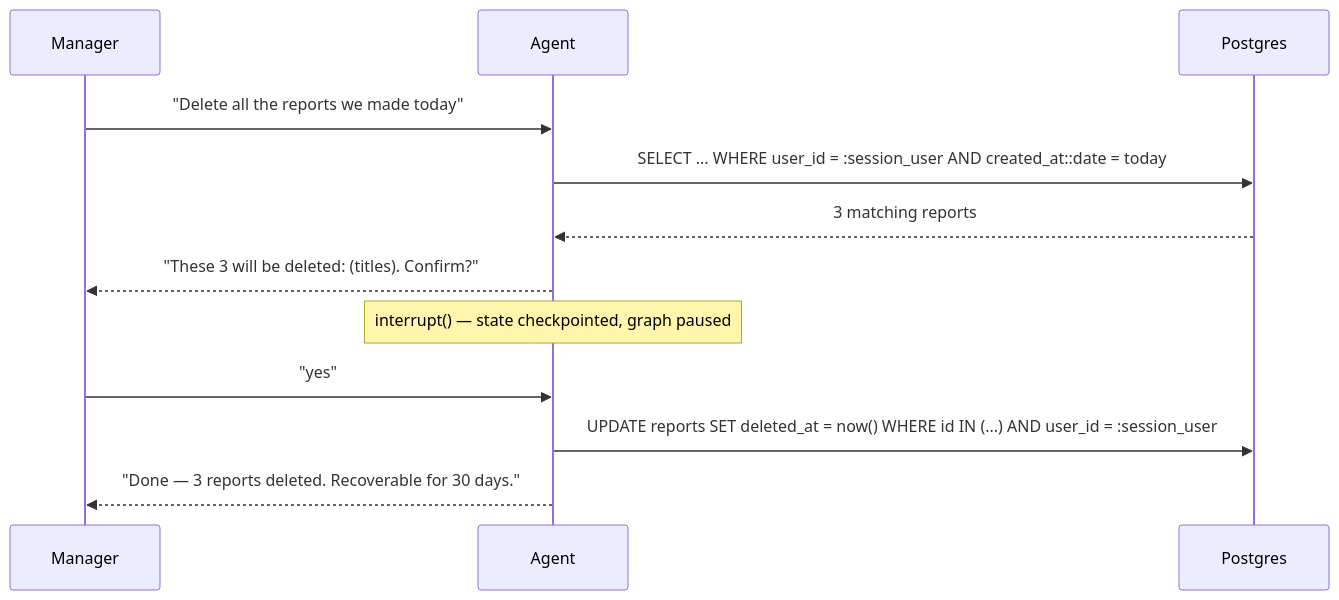
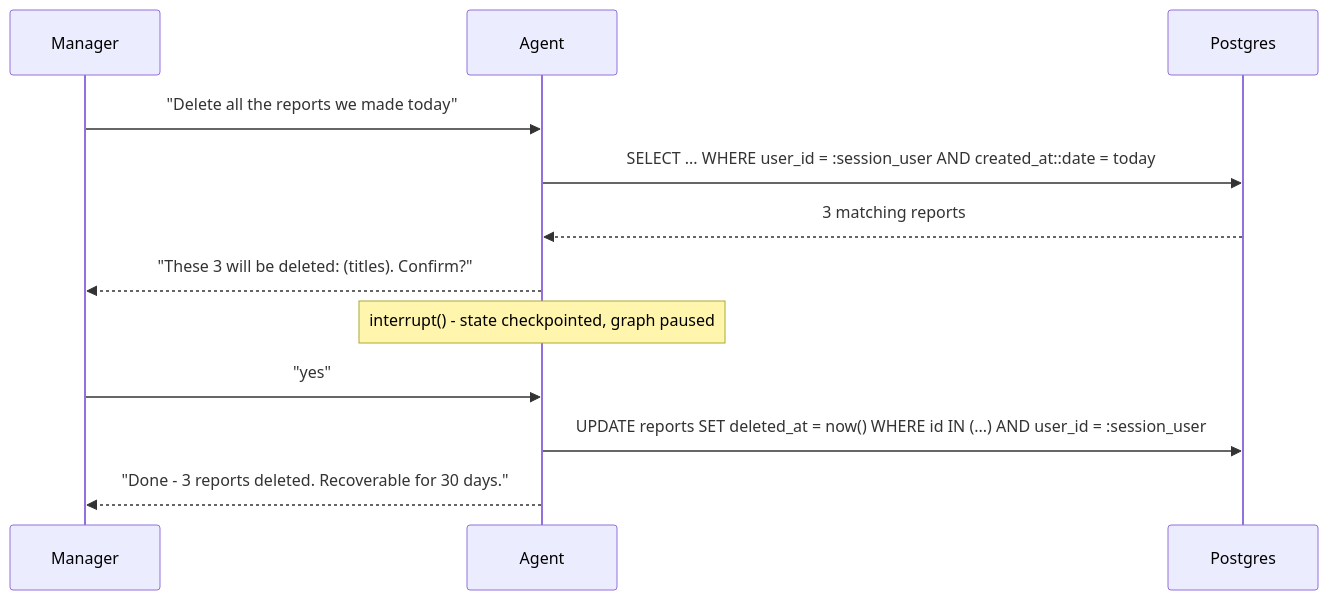
Before and after one commit to da-the-dev/opsfleet-take-home-sql-agent: the third of 3 diagrams in docs/ARCHITECTURE.md, drawn with Mermaid. The commit also changed other lines of this file, not shown here.

Commit message:
docs: better architecture write-up

````diff
--- a/docs/ARCHITECTURE.md
+++ b/docs/ARCHITECTURE.md
@@ -262,14 +204,14 @@
 ```mermaid
 sequenceDiagram
     participant U as Manager
     participant A as Agent
     participant DB as Postgres
     U->>A: "Delete all the reports we made today"
     A->>DB: SELECT ... WHERE user_id = :session_user AND created_at::date = today
     DB-->>A: 3 matching reports
     A-->>U: "These 3 will be deleted: (titles). Confirm?"
-    Note over A: interrupt() — state checkpointed, graph paused
+    Note over A: interrupt() - state checkpointed, graph paused
     U->>A: "yes"
     A->>DB: UPDATE reports SET deleted_at = now() WHERE id IN (...) AND user_id = :session_user
-    A-->>U: "Done — 3 reports deleted. Recoverable for 30 days."
+    A-->>U: "Done - 3 reports deleted. Recoverable for 30 days."
 ```
````
